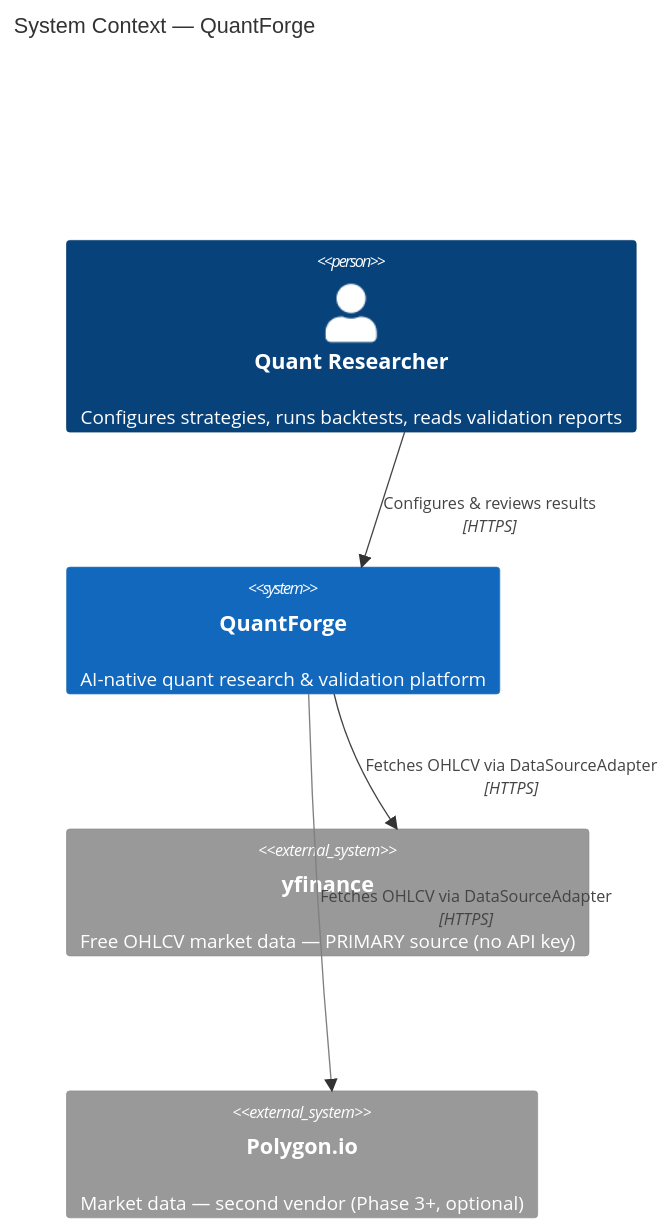
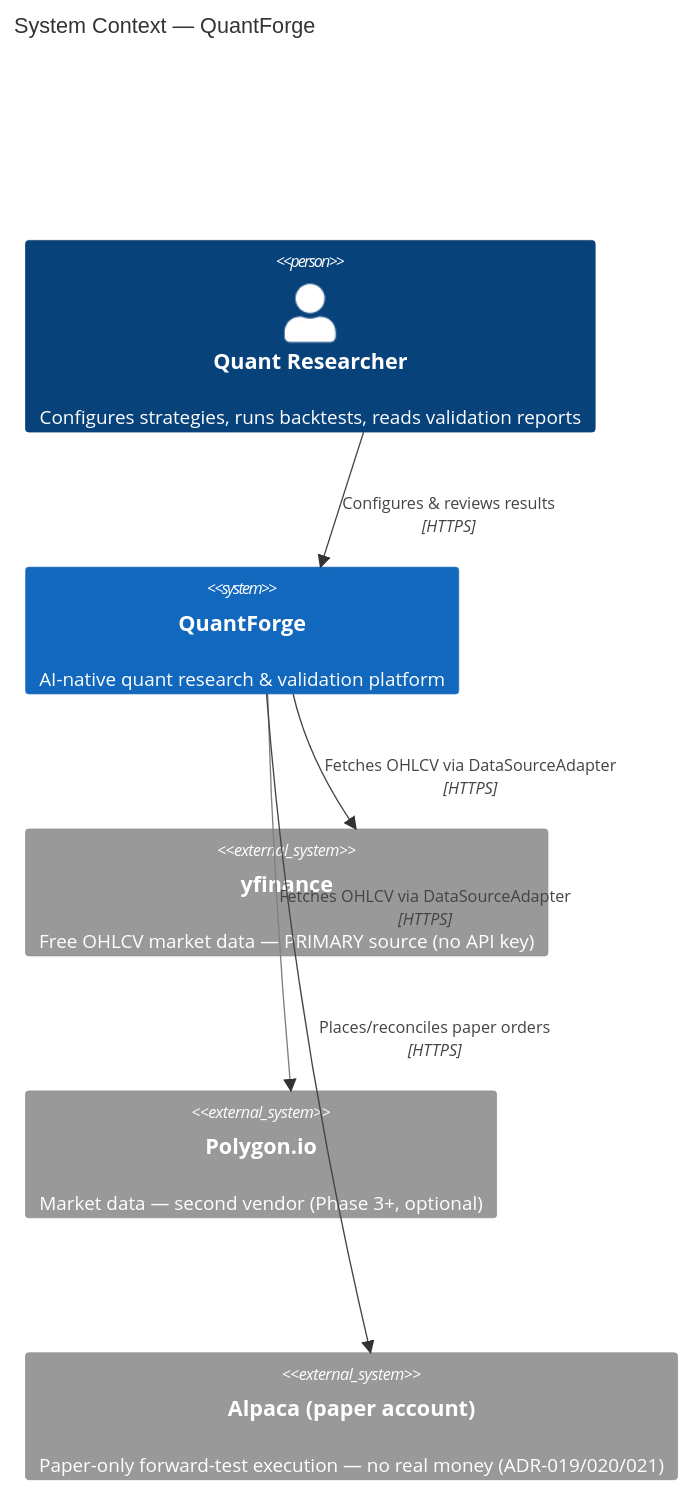
The first of 4 diagrams in docs/diagrams/c4-context.md (jj-frasca/quantforge), drawn with Mermaid before and after one commit. The commit also changed other lines of this file and 1 other file, not shown here.

````diff
--- a/docs/diagrams/c4-context.md
+++ b/docs/diagrams/c4-context.md
@@ -10,12 +10,14 @@
 ```mermaid
 C4Context
     title System Context — QuantForge
     Person(researcher, "Quant Researcher", "Configures strategies, runs backtests, reads validation reports")
     System(quantforge, "QuantForge", "AI-native quant research & validation platform")
     System_Ext(yfinance, "yfinance", "Free OHLCV market data — PRIMARY source (no API key)")
     System_Ext(polygon, "Polygon.io", "Market data — second vendor (Phase 3+, optional)")
+    System_Ext(alpaca, "Alpaca (paper account)", "Paper-only forward-test execution — no real money (ADR-019/020/021)")
     Rel(researcher, quantforge, "Configures & reviews results", "HTTPS")
     Rel(quantforge, yfinance, "Fetches OHLCV via DataSourceAdapter", "HTTPS")
     Rel(quantforge, polygon, "Fetches OHLCV via DataSourceAdapter", "HTTPS")
+    Rel(quantforge, alpaca, "Places/reconciles paper orders", "HTTPS")
     UpdateRelStyle(quantforge, polygon, $lineColor="grey")
 ```
````
